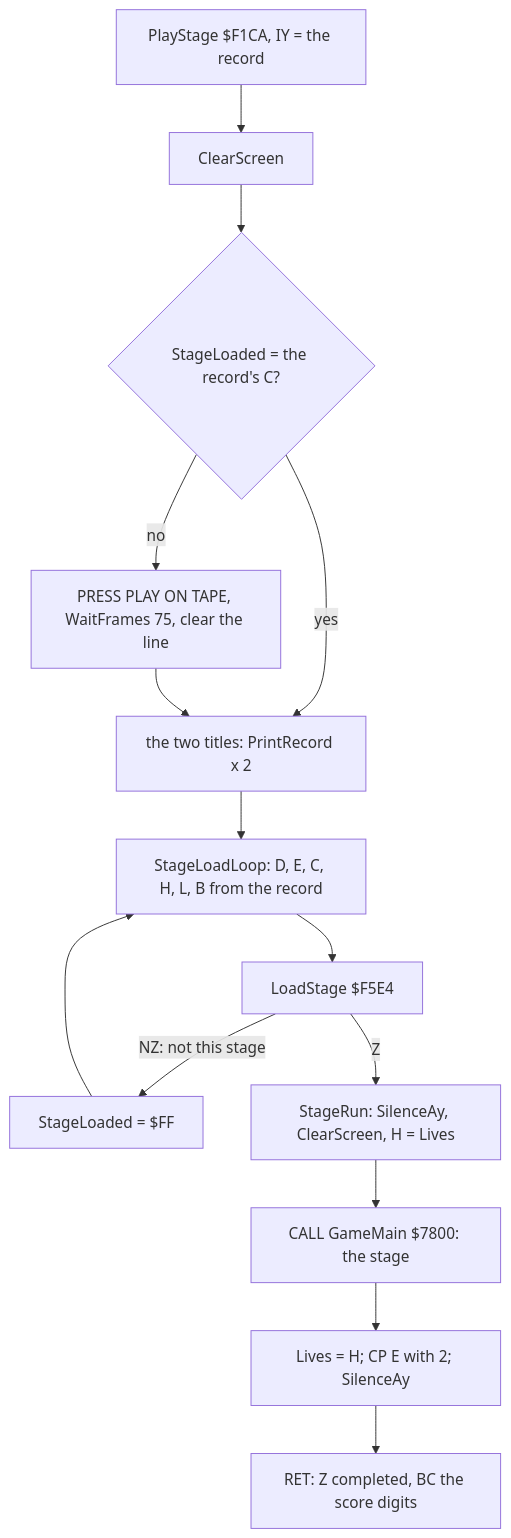
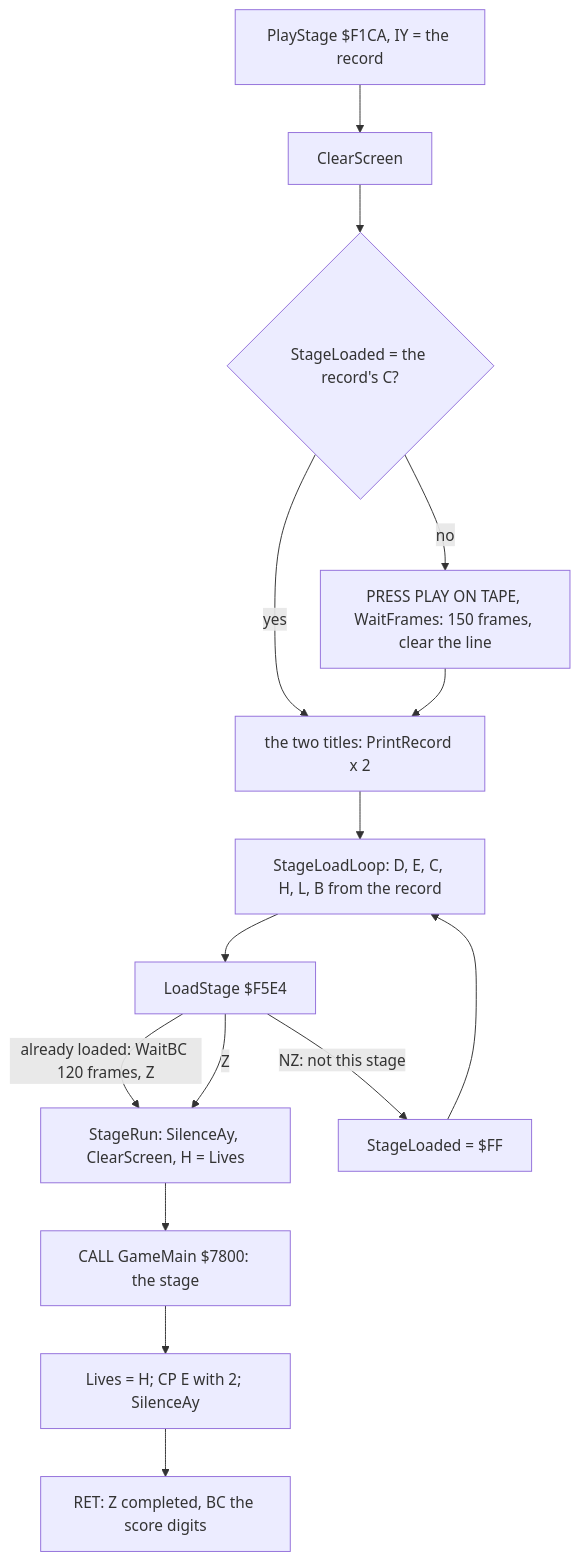
Before and after one commit to alfishe/unrealng-reverse-cases: the second of 6 diagrams in games/myth/docs/04-game-loop.md, drawn with Mermaid. The commit also changed other lines of this file and 42 other files, not shown here.

Commit message:
Myth: review round 1 fixed (57 findings): waits at two HALTs a turn, the demon's tenth object, the deadly cell ahead of the head, enemies and bosses of stages 2-5 with asm, mermaid, animations and witnesses, maps and enemy sheets redrawn

````diff
--- a/games/myth/docs/04-game-loop.md
+++ b/games/myth/docs/04-game-loop.md
@@ -128,16 +128,17 @@
 ```mermaid
 flowchart TD
     A["PlayStage $F1CA, IY = the record"] --> B["ClearScreen"]
     B --> C{"StageLoaded = the record's C?"}
-    C -->|"no"| D["PRESS PLAY ON TAPE, WaitFrames 75, clear the line"]
+    C -->|"no"| D["PRESS PLAY ON TAPE, WaitFrames: 150 frames, clear the line"]
     C -->|"yes"| E["the two titles: PrintRecord x 2"]
     D --> E
     E --> F["StageLoadLoop: D, E, C, H, L, B from the record"]
     F --> G["LoadStage $F5E4"]
+    G -->|"already loaded: WaitBC 120 frames, Z"| I
     G -->|"NZ: not this stage"| H["StageLoaded = $FF"]
     H --> F
     G -->|"Z"| I["StageRun: SilenceAy, ClearScreen, H = Lives"]
     I --> J["CALL GameMain $7800: the stage"]
     J --> K["Lives = H; CP E with 2; SilenceAy"]
     K --> L["RET: Z completed, BC the score digits"]
 ```
````
